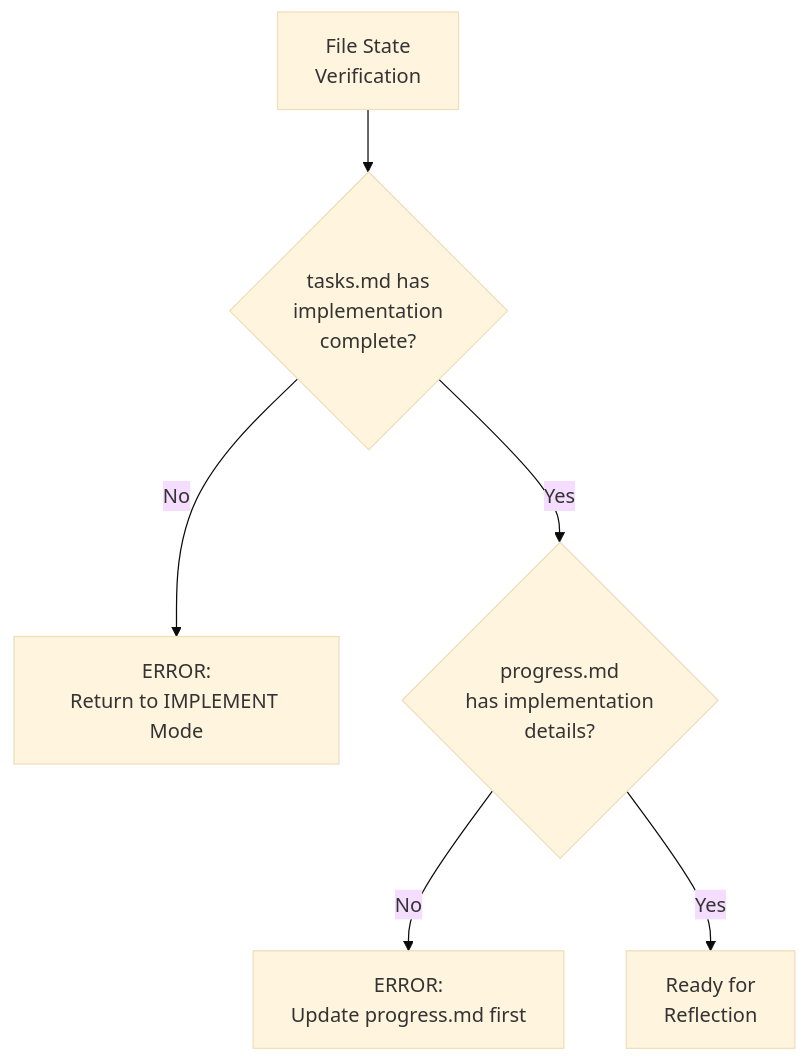
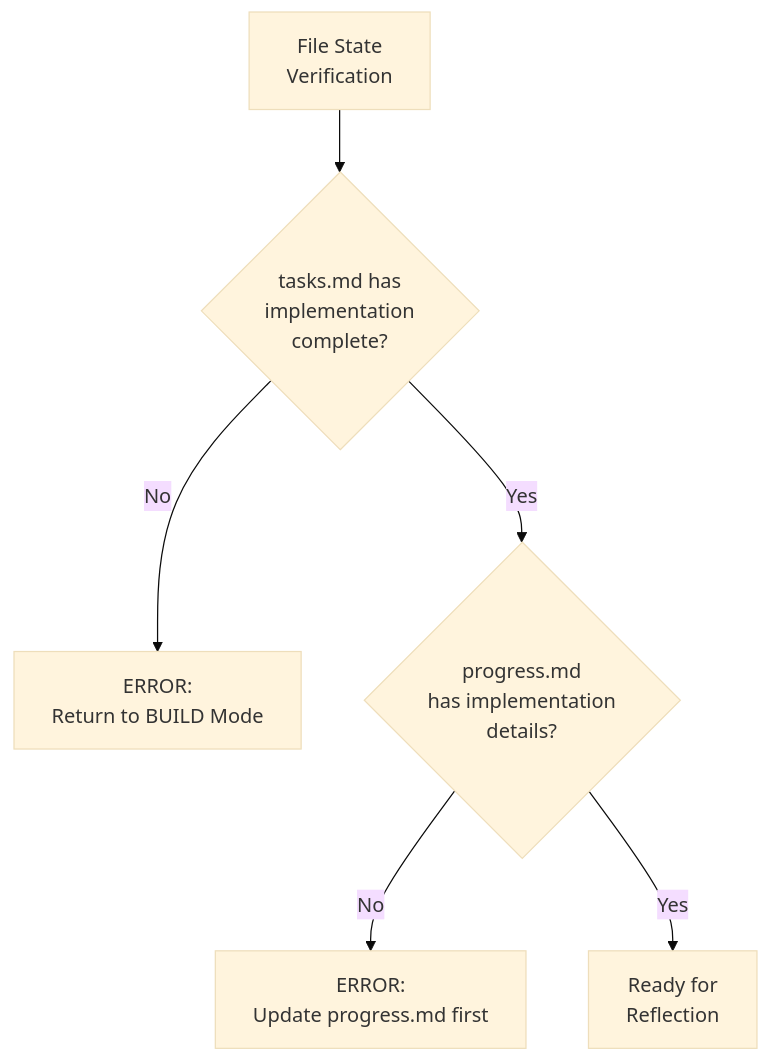
One commit to aleasweb/cityQuest changed the third of 5 diagrams in .cursor/rules/isolation_rules/visual-maps/reflect-mode-map.mdc. Above: the diagram before and after it, drawn with Mermaid (base theme). The commit also changed other lines of this file and 26 other files, not shown here.

````diff
--- a/.cursor/rules/isolation_rules/visual-maps/reflect-mode-map.mdc
+++ b/.cursor/rules/isolation_rules/visual-maps/reflect-mode-map.mdc
@@ -79,10 +79,10 @@
 ```mermaid
 graph TD
     Start["File State<br>Verification"] --> CheckTasks{"tasks.md has<br>implementation<br>complete?"}
     
-    CheckTasks -->|"No"| ErrorImplement["ERROR:<br>Return to IMPLEMENT Mode"]
+    CheckTasks -->|"No"| ErrorBuild["ERROR:<br>Return to BUILD Mode"]
     CheckTasks -->|"Yes"| CheckProgress{"progress.md<br>has implementation<br>details?"}
     
     CheckProgress -->|"No"| ErrorProgress["ERROR:<br>Update progress.md first"]
     CheckProgress -->|"Yes"| ReadyReflect["Ready for<br>Reflection"]
 ```
````
